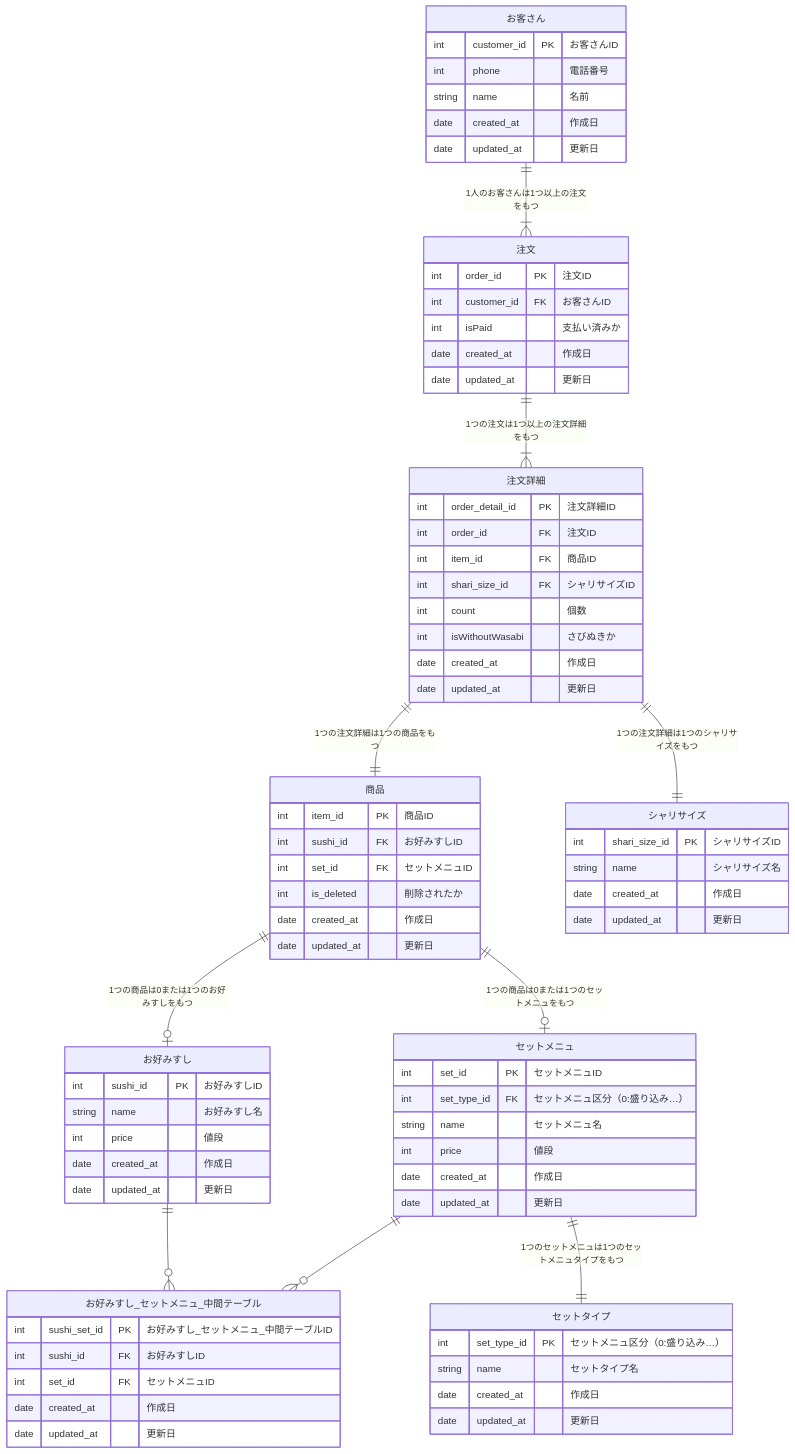
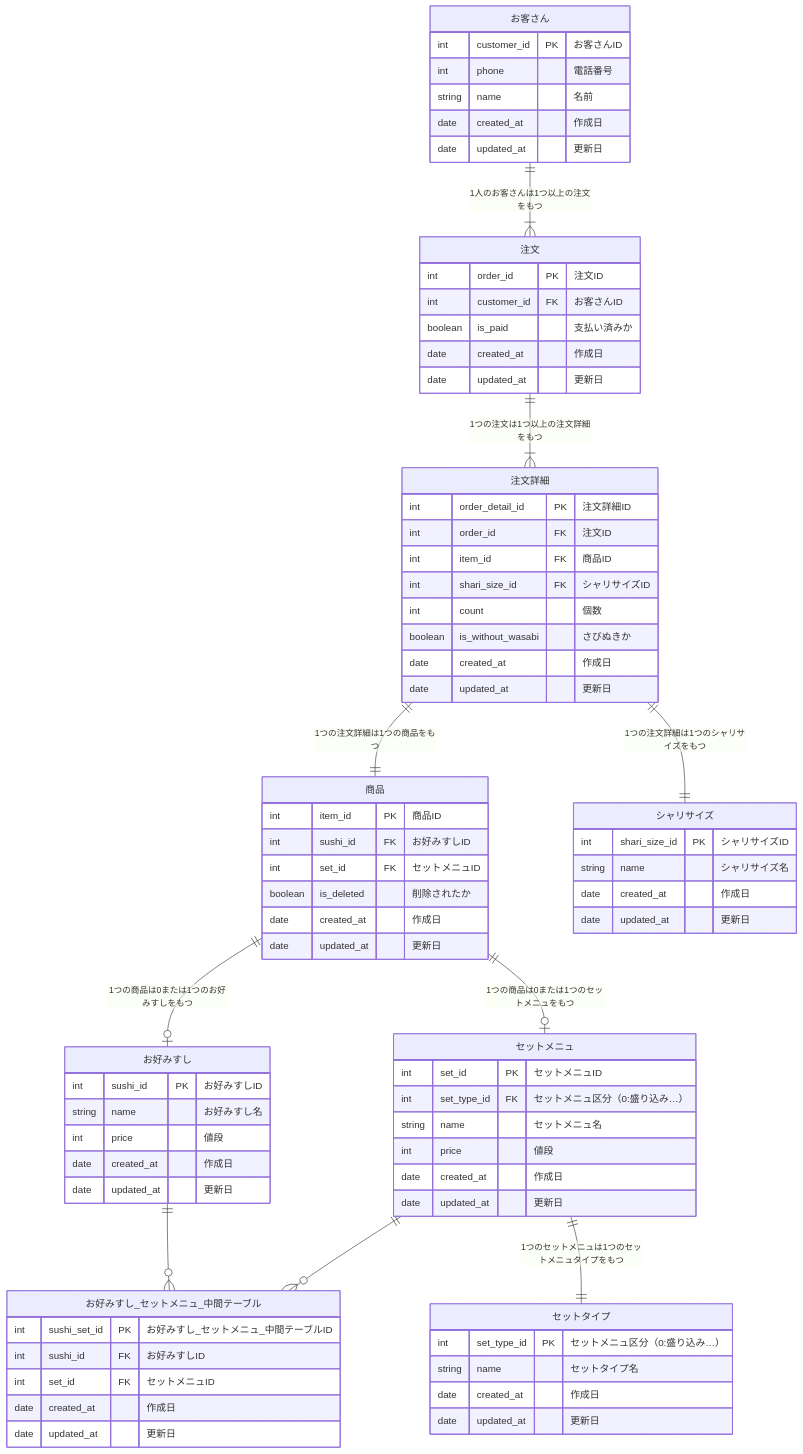
One commit to praha-inc/praha-challenge-7 changed the diagram in F0yWy8HaLlWoST/01_データベース設計/01_DBモデリング1/kadai_02.md. Above: the diagram before and after it, drawn with Mermaid.

Commit message:
fix: booleanに変更

```diff
--- a/F0yWy8HaLlWoST/01_データベース設計/01_DBモデリング1/kadai_02.md
+++ b/F0yWy8HaLlWoST/01_データベース設計/01_DBモデリング1/kadai_02.md
@@ -15,7 +15,7 @@
     int item_id PK "商品ID"
     int sushi_id FK "お好みすしID"
     int set_id FK "セットメニュID"
-    int is_deleted "削除されたか"
+    boolean is_deleted "削除されたか"
     date created_at "作成日"
     date updated_at "更新日"
   }
@@ -48,7 +48,7 @@
   "注文" {
     int order_id PK "注文ID"
     int customer_id FK "お客さんID"
-    int isPaid "支払い済みか"
+    boolean is_paid "支払い済みか"
     date created_at "作成日"
     date updated_at "更新日"
   }
@@ -59,7 +59,7 @@
     int item_id FK "商品ID"
     int shari_size_id FK "シャリサイズID"
     int count "個数"
-    int isWithoutWasabi "さびぬきか"
+    boolean is_without_wasabi "さびぬきか"
     date created_at "作成日"
     date updated_at "更新日"
   }
```
